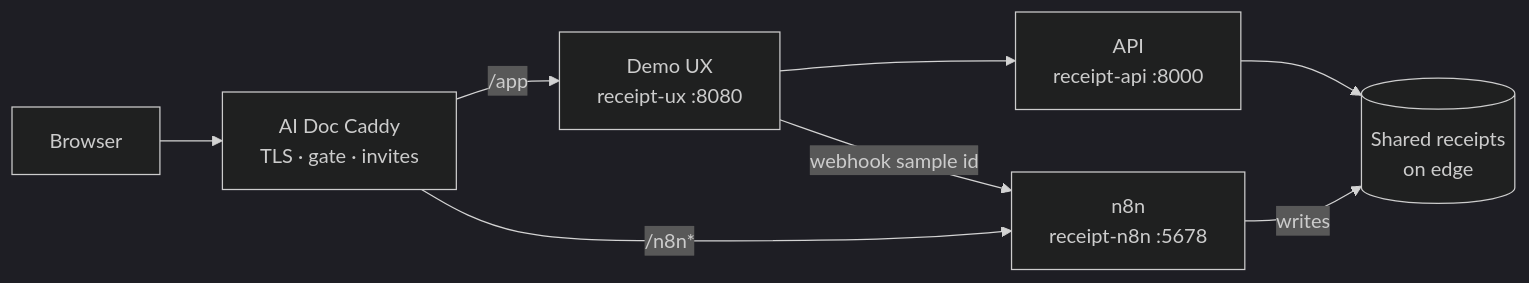
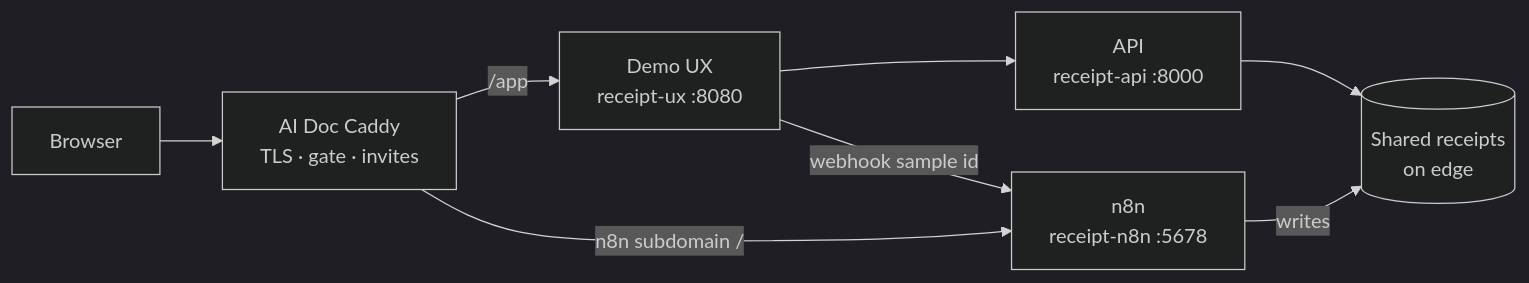
One commit to RoxanaTapia/receipt-intelligence-demo changed the diagram in README.md. Above: the diagram before and after it, drawn with Mermaid (dark theme). The commit also changed other lines of this file and 6 other files, not shown here.

````diff
--- a/README.md
+++ b/README.md
@@ -33,17 +33,17 @@
 ```mermaid
 flowchart LR
   browser[Browser]
   edge[AI Doc Caddy<br/>TLS · gate · invites]
   ux[Demo UX<br/>receipt-ux :8080]
   api[API<br/>receipt-api :8000]
   disk[(Shared receipts<br/>on edge)]
   n8n[n8n<br/>receipt-n8n :5678]
 
   browser --> edge
   edge -->|/app| ux
   ux -->|webhook sample id| n8n
   ux --> api
   api --> disk
   n8n -->|writes| disk
-  edge -->|/n8n*| n8n
+  edge -->|n8n subdomain /| n8n
 ```
````
